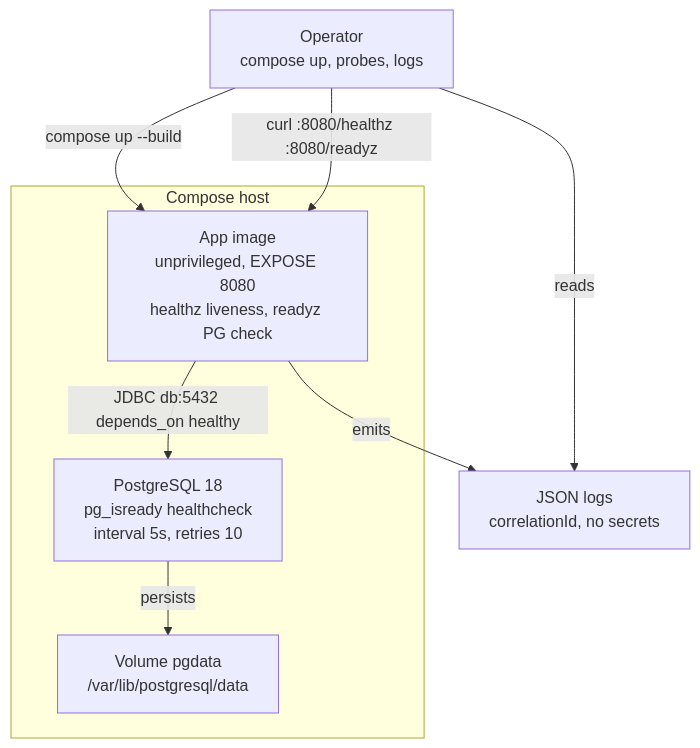
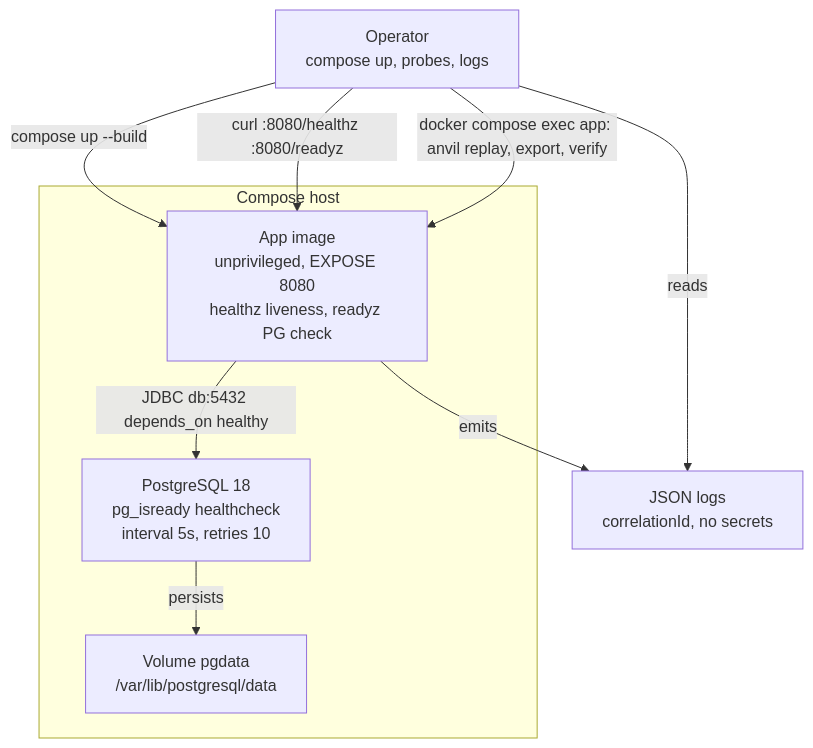
One commit to G1DO/anvil changed the diagram in docs/architecture/deployment.mmd. Above: the diagram before and after it, drawn with Mermaid. The commit also changed 9 other files, not shown here.

Commit message:
Record 0026, and update the threat model, diagrams and README for the CLI

```diff
--- a/docs/architecture/deployment.mmd
+++ b/docs/architecture/deployment.mmd
@@ -1,14 +1,15 @@
 flowchart TB
     operator["Operator<br/>compose up, probes, logs"]
     subgraph host["Compose host"]
         app["App image<br/>unprivileged, EXPOSE 8080<br/>healthz liveness, readyz PG check"]
         db["PostgreSQL 18<br/>pg_isready healthcheck<br/>interval 5s, retries 10"]
         pgdata["Volume pgdata<br/>/var/lib/postgresql/data"]
     end
     logs["JSON logs<br/>correlationId, no secrets"]
     operator -->|compose up --build| app
     operator -->|curl :8080/healthz :8080/readyz| app
     operator -->|reads| logs
+    operator -->|"docker compose exec app: anvil replay, export, verify"| app
     app -->|JDBC db:5432 depends_on healthy| db
     app -->|emits| logs
     db -->|persists| pgdata
```
